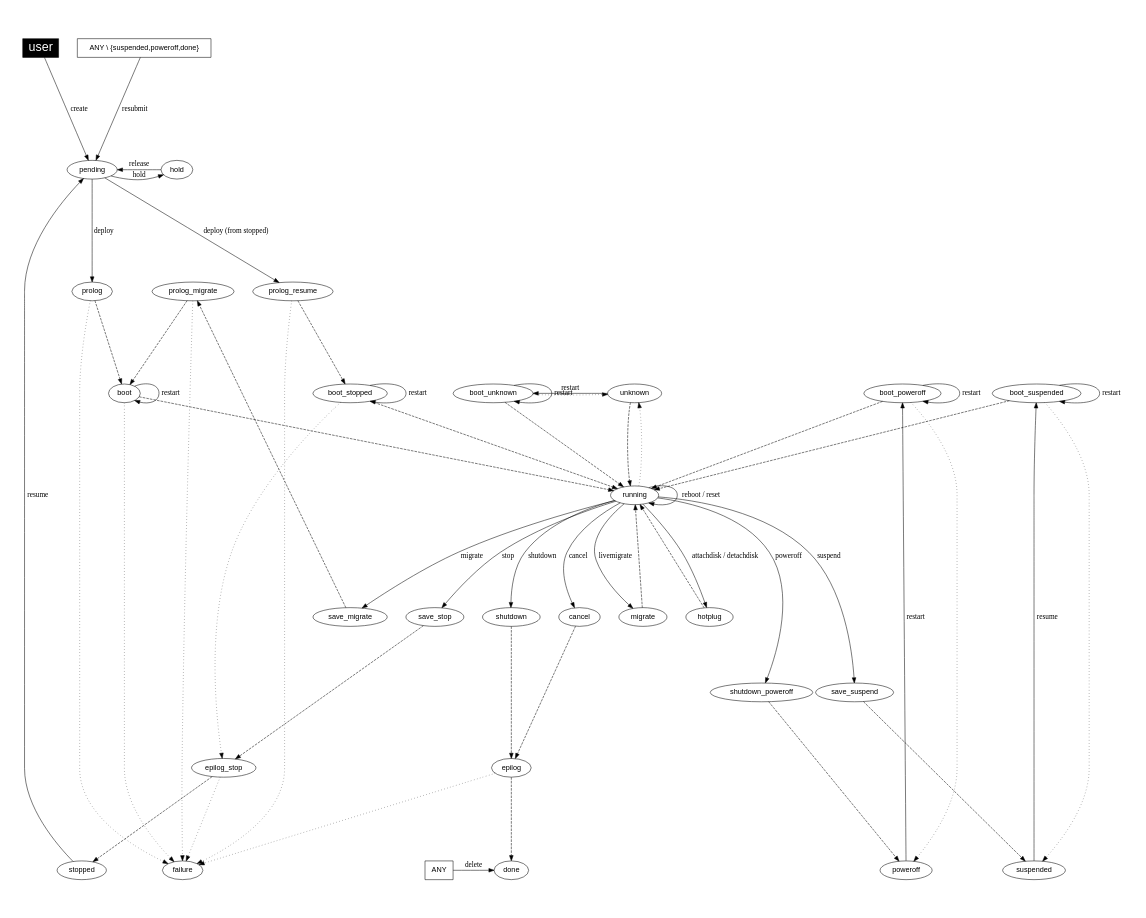
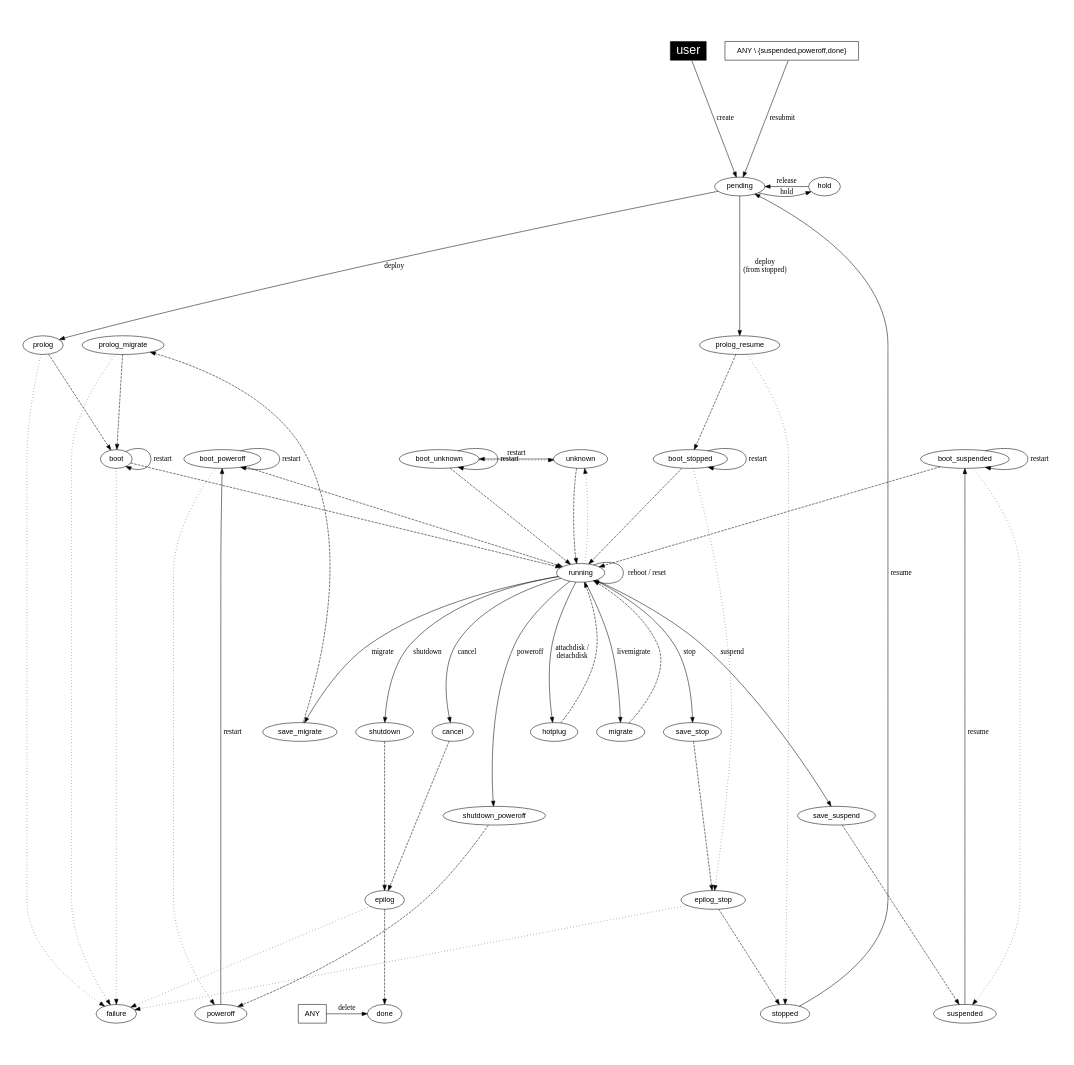
Before and after one commit to OpenNebula/one: the diagram in share/doc/states/states-complete.dot, drawn with Graphviz. The commit also changed 2 other files, not shown here.

Commit message:
Bug #1210: On prolog failure, add the transition PROLOG_RESUME -> STOPPED

```diff
--- a/share/doc/states/states-complete.dot
+++ b/share/doc/states/states-complete.dot
@@ -1,127 +1,128 @@
 
 
 digraph OpenNebula {
     graph [
         nodesep=0.5,
-        ratio=0.8,
+        ratio=1,
         pad=0.5,
     ];
 
     node [fontname="Helvetica"];
     edge [fontname="Menlo"];
     
     user [
         fillcolor="black",
         style="filled", shape="box",
         fontcolor="white", fontsize= "24.0"];
 
     ANY [ shape="box" ];
     "ANY \\ {suspended,poweroff,done}" [ shape="box" ];
 
     subgraph { rank = min; user}
     subgraph { rank = same; boot; boot_stopped boot_suspended; boot_unknown; boot_poweroff; unknown; color="white"}
     subgraph { rank = same; pending; hold; color="white"}
-    subgraph { rank = same; prolog; prolog_resume; prolog_migrate;
-    color="white" }
+    subgraph { rank = same; prolog; prolog_resume; prolog_migrate; color="white" }
+//    subgraph { rank = same; prolog; prolog_resume; prolog_migrate; save_migrate; color="white" }
 
     subgraph { rank = max; suspended; done; failure;
     stopped; poweroff; ANY; color="white" }
+//    stopped; poweroff; color="white" }
 
 #   create
     user -> pending [label="create"];
 
 #   deploy
-    pending     -> prolog_resume [label="deploy (from stopped)"];
+    pending     -> prolog_resume [label="deploy\n(from stopped)"];
     prolog_resume -> boot_stopped [style="dashed"];
 
     pending     -> prolog [label="deploy"];
     prolog      -> boot [style="dashed"];
     boot        -> running [style="dashed"];
 
 #   shutdown
     running     -> shutdown [label="shutdown"];
     shutdown    -> epilog [style="dashed"];
     epilog      -> done [style="dashed"];
 
 #   poweroff
     running             -> shutdown_poweroff [label="poweroff"];
     shutdown_poweroff   -> poweroff [style="dashed"];
 
 #   livemigrate
     running     -> migrate [label="livemigrate"];
     migrate     -> running [style="dashed"];
 
 #   migrate
     running         -> save_migrate [label="migrate"];
     save_migrate    -> prolog_migrate [style="dashed"];
     prolog_migrate  -> boot [style="dashed"];
 
 #   hold
     pending     -> hold [label="hold"];
 
 #   release
     hold        -> pending [label="release"];
 
 #   stop
     running     -> save_stop [label="stop"];
     save_stop   -> epilog_stop [style="dashed"];
     epilog_stop -> stopped [style="dashed"];
 
 #   cancel
     running     -> cancel [label="cancel"];
     cancel      -> epilog [style="dashed"];
 
 #   suspend
     running         -> save_suspend [label="suspend"];
     save_suspend    -> suspended [style="dashed"];
 
 #   resume
     stopped         -> pending [label="resume"];
     boot_stopped    -> running [style="dashed"];
 
     suspended       -> boot_suspended [label="resume"];
     boot_suspended  -> running [style="dashed"];
 
 #   delete
     ANY         -> done [label="delete"];
 
 #   restart
     boot            -> boot [label="restart"];
     boot_suspended  -> boot_suspended [label="restart"];
     boot_stopped    -> boot_stopped [label="restart"];
 
     poweroff        -> boot_poweroff [label="restart"];
     boot_poweroff   -> boot_poweroff [label="restart"];
     boot_poweroff   -> running [style="dashed"];
 
     unknown         -> boot_unknown [label="restart"];
     boot_unknown    -> boot_unknown [label="restart"];
     boot_unknown    -> running [style="dashed"];
 
 #   reboot, reset
     running     -> running [label="reboot / reset"];
 
 #   attachdisk
-    running     -> hotplug [label="attachdisk / detachdisk"]
+    running     -> hotplug [label="attachdisk /\ndetachdisk"]
     hotplug     -> running [style="dashed"];
 
 #   resubmit
     "ANY \\ {suspended,poweroff,done}" -> pending [label="resubmit"];
 
 #   failures and misc.
     epilog_stop     -> failure [style="dotted"];
     epilog          -> failure [style="dotted"];
 
     prolog          -> failure [style="dotted"];
     prolog_migrate  -> failure [style="dotted"];
-    prolog_resume   -> failure [style="dotted"];
+    prolog_resume   -> stopped [style="dotted"];
 
     boot            -> failure [style="dotted"];
     boot_poweroff   -> poweroff [style="dotted"];
     boot_unknown    -> unknown [style="dotted"];
     boot_suspended  -> suspended [style="dotted"];
     boot_stopped    -> epilog_stop [style="dotted"];
 
     running -> unknown [style="dotted"];
     unknown -> running [style="dashed"];
 }
```
